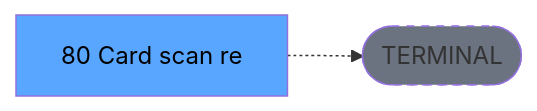
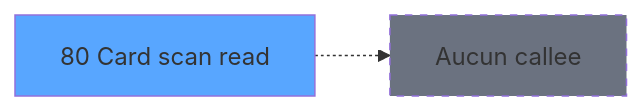
Before and after one commit to thonyAGP/lecteur-magic: the third of 3 diagrams in .openspec/specs/ADH-IDE-80.md, drawn with Mermaid. The commit also changed other lines of this file and 96 other files, not shown here.

````diff
--- a/.openspec/specs/ADH-IDE-80.md
+++ b/.openspec/specs/ADH-IDE-80.md
@@ -135,8 +206,8 @@
 ```mermaid
 graph LR
-    T[80    Card scan re]
-    TERM([TERMINAL])
-    T -.-> TERM
-    style TERM fill:#6b7280,stroke-dasharray: 5 5
-    style T fill:#58a6ff,color:#000
+    T80[80 Card scan read]
+    style T80 fill:#58a6ff
+    NONE[Aucun callee]
+    T80 -.-> NONE
+    style NONE fill:#6b7280,stroke-dasharray: 5 5
 ```
````
